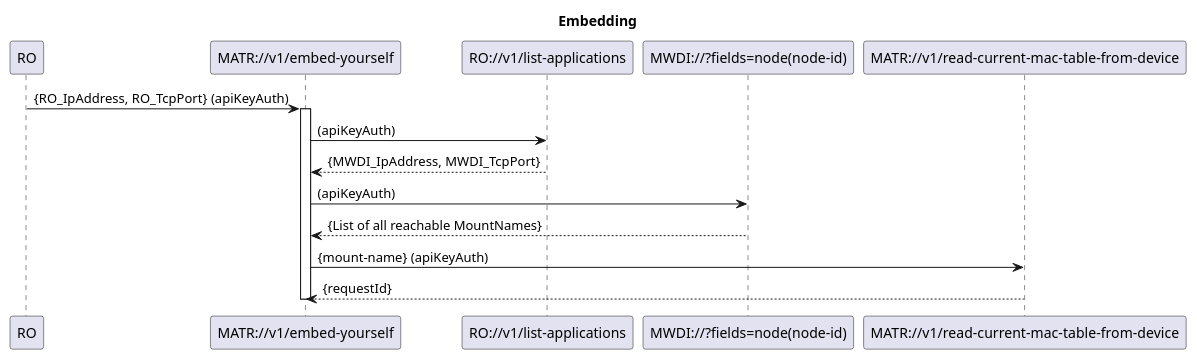
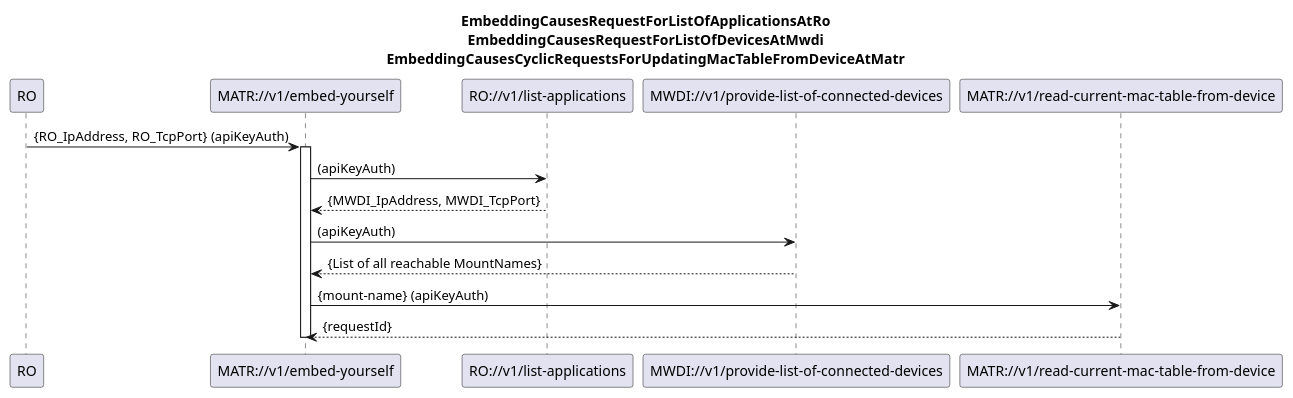
One commit to openBackhaul/MacAddressTableRecorder changed the diagram in spec/diagrams/00x_Embedding.plantuml. Above: the diagram before and after it, drawn with PlantUML. The commit also changed 18 other files, not shown here.

Commit message:
Resolve all findings & adapt to new paths at MWDI

```diff
--- a/spec/diagrams/00x_Embedding.plantuml
+++ b/spec/diagrams/00x_Embedding.plantuml
@@ -1,25 +1,29 @@
 @startuml 00x_Embedding
 skinparam responseMessageBelowArrow true
 
-title Embedding
+title 
+EmbeddingCausesRequestForListOfApplicationsAtRo
+EmbeddingCausesRequestForListOfDevicesAtMwdi
+EmbeddingCausesCyclicRequestsForUpdatingMacTableFromDeviceAtMatr
+end title
 
 participant RO
 participant "MATR://v1/embed-yourself"
 participant "RO://v1/list-applications"
-participant "MWDI://?fields=node(node-id)"
+participant "MWDI://v1/provide-list-of-connected-devices" as Mwdi
 participant "MATR://v1/read-current-mac-table-from-device"
 
 "RO" -> "MATR://v1/embed-yourself": {RO_IpAddress, RO_TcpPort} (apiKeyAuth)
 
 activate "MATR://v1/embed-yourself"
 "MATR://v1/embed-yourself" -> "RO://v1/list-applications": (apiKeyAuth)
 "RO://v1/list-applications" --> "MATR://v1/embed-yourself": {MWDI_IpAddress, MWDI_TcpPort}
 
-"MATR://v1/embed-yourself" -> "MWDI://?fields=node(node-id)": (apiKeyAuth)
-"MWDI://?fields=node(node-id)" --> "MATR://v1/embed-yourself": {List of all reachable MountNames}
+"MATR://v1/embed-yourself" -> Mwdi: (apiKeyAuth)
+Mwdi --> "MATR://v1/embed-yourself": {List of all reachable MountNames}
 
 "MATR://v1/embed-yourself" -> "MATR://v1/read-current-mac-table-from-device": {mount-name} (apiKeyAuth)
 "MATR://v1/read-current-mac-table-from-device" --> "MATR://v1/embed-yourself": {requestId}
 deactivate "MATR://v1/embed-yourself"
 
 @enduml
```
